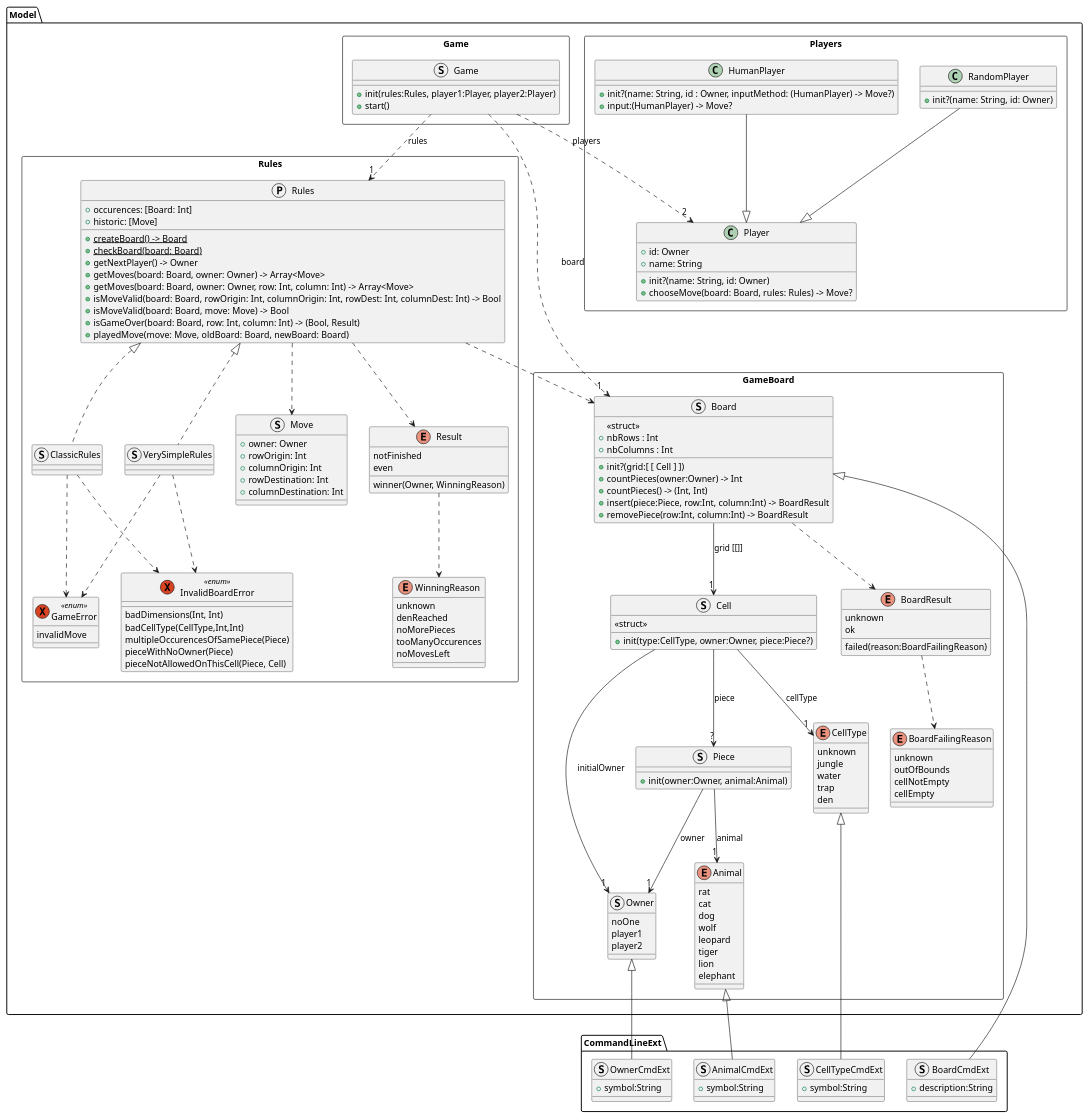
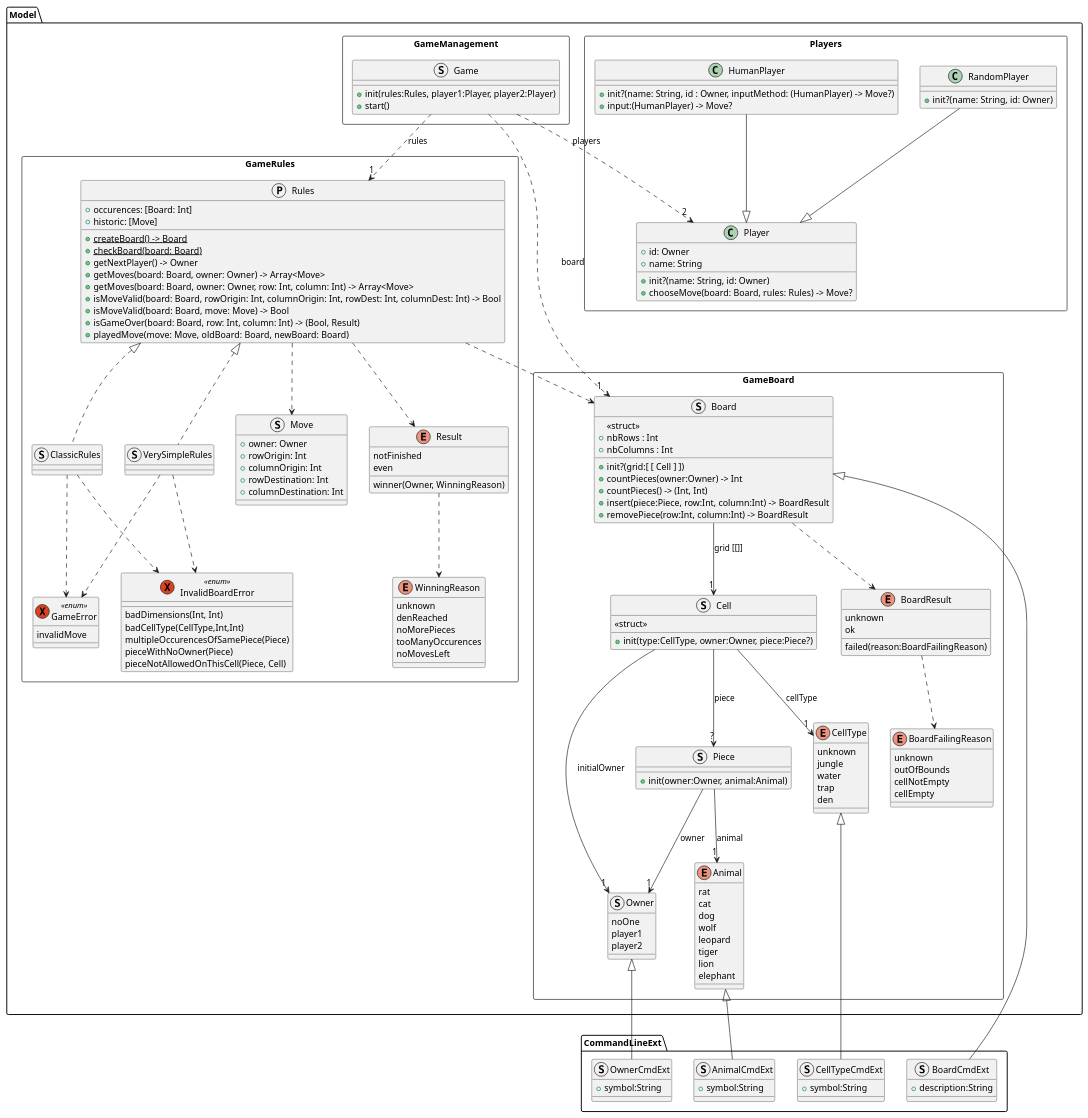
Before and after one commit to axdelafuen/doushouqi: the second of 2 diagrams in README.md, drawn with PlantUML.

Commit message:
:memo: update class diagram

```diff
--- a/README.md
+++ b/README.md
@@ -158,7 +158,7 @@
 	HumanPlayer --|> Player
     }
 
-    package Rules <<Rectangle>> {
+    package GameRules <<Rectangle>> {
        protocol Rules {
 	    {static} +createBoard() -> Board
 	    {static} +checkBoard(board: Board)
@@ -230,15 +230,15 @@
 	VerySimpleRules ..> GameError
     }
 
-package Game <<Rectangle>> {
+package GameManagement <<Rectangle>> {
     struct Game {
         +init(rules:Rules, player1:Player, player2:Player)
         +start()
     }
 }
-Game.Game ..> "1" Rules.Rules : rules
-Game.Game ..> "2" Player : players
-Game.Game ..> "1" Board : board
+Game ..> "1" Rules : rules
+Game ..> "2" Player : players
+Game ..> "1" Board : board
 }
 
 Cell --> "1" CellType : cellType
```
